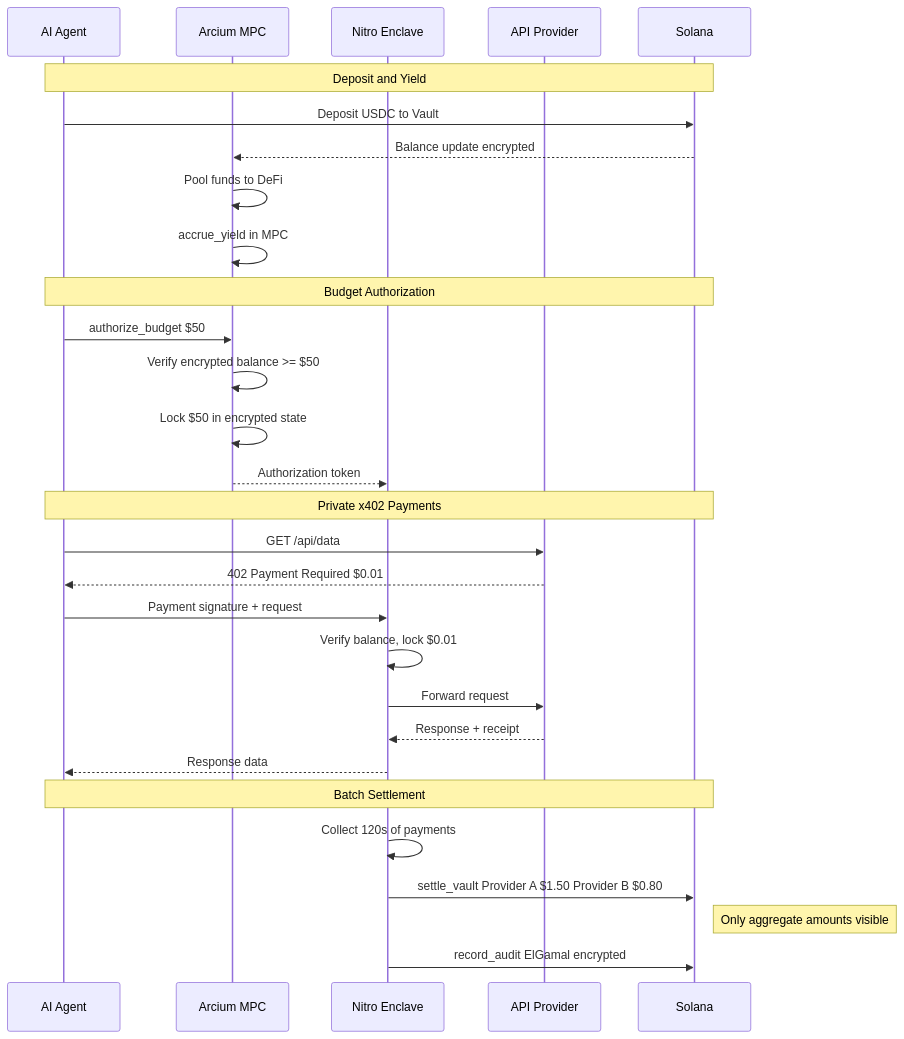
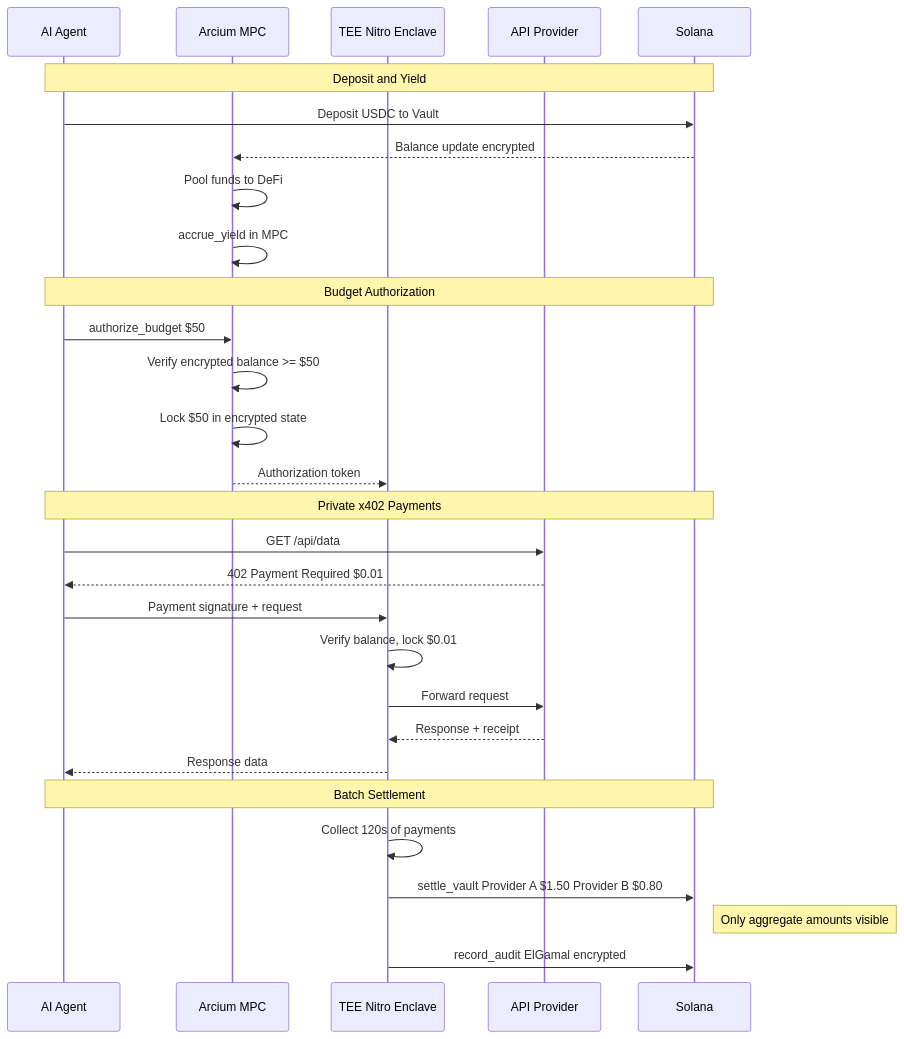
One commit to SublyFi/privacy-x402 changed the second of 5 diagrams in docs/architecture.md. Above: the diagram before and after it, drawn with Mermaid. The commit also changed other lines of this file, not shown here.

Commit message:
Rename Nitro Enclave labels to TEE (Nitro Enclave)

````diff
--- a/docs/architecture.md
+++ b/docs/architecture.md
@@ -78,35 +78,35 @@
 ```mermaid
 sequenceDiagram
     participant Agent as AI Agent
     participant Arcium as Arcium MPC
-    participant TEE as Nitro Enclave
+    participant TEE as TEE Nitro Enclave
     participant Provider as API Provider
     participant Chain as Solana
 
     Note over Agent,Chain: Deposit and Yield
     Agent->>Chain: Deposit USDC to Vault
     Chain-->>Arcium: Balance update encrypted
     Arcium->>Arcium: Pool funds to DeFi
     Arcium->>Arcium: accrue_yield in MPC
 
     Note over Agent,Chain: Budget Authorization
     Agent->>Arcium: authorize_budget $50
     Arcium->>Arcium: Verify encrypted balance >= $50
     Arcium->>Arcium: Lock $50 in encrypted state
     Arcium-->>TEE: Authorization token
 
     Note over Agent,Chain: Private x402 Payments
     Agent->>Provider: GET /api/data
     Provider-->>Agent: 402 Payment Required $0.01
     Agent->>TEE: Payment signature + request
     TEE->>TEE: Verify balance, lock $0.01
     TEE->>Provider: Forward request
     Provider-->>TEE: Response + receipt
     TEE-->>Agent: Response data
 
     Note over Agent,Chain: Batch Settlement
     TEE->>TEE: Collect 120s of payments
     TEE->>Chain: settle_vault Provider A $1.50 Provider B $0.80
     Note right of Chain: Only aggregate amounts visible
     TEE->>Chain: record_audit ElGamal encrypted
 ```
````
